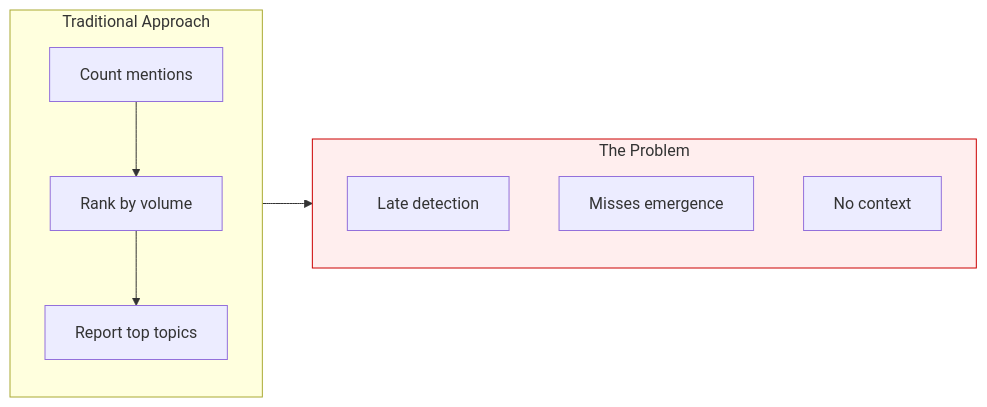
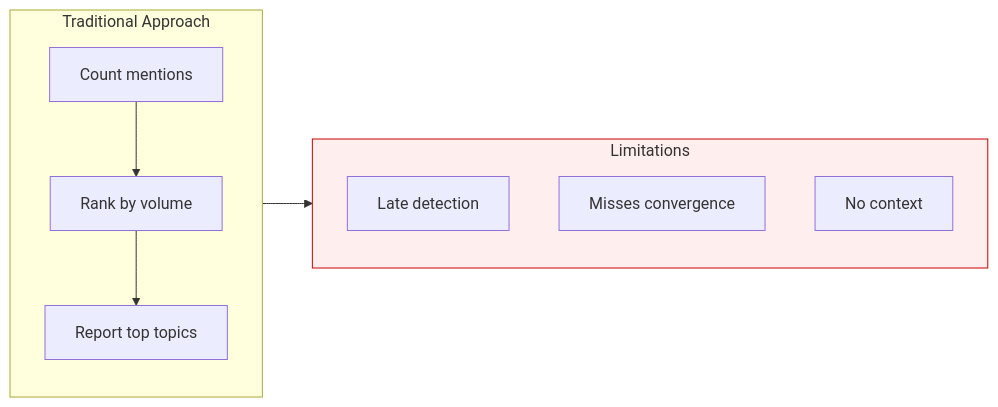
Before and after one commit to athola/community-pulse: the first of 7 diagrams in docs/slicksheet.md, drawn with Mermaid. The commit also changed other lines of this file and 22 other files, not shown here.

````diff
--- a/docs/slicksheet.md
+++ b/docs/slicksheet.md
@@ -17,17 +15,17 @@
 ```mermaid
 flowchart LR
     subgraph Traditional["Traditional Approach"]
         A[Count mentions] --> B[Rank by volume]
         B --> C[Report top topics]
     end
 
-    subgraph Problem["The Problem"]
+    subgraph Problem["Limitations"]
         D[Late detection]
-        E[Misses emergence]
+        E[Misses convergence]
         F[No context]
     end
 
     Traditional --> Problem
 
     style Problem fill:#fee,stroke:#c00
 ```
````
